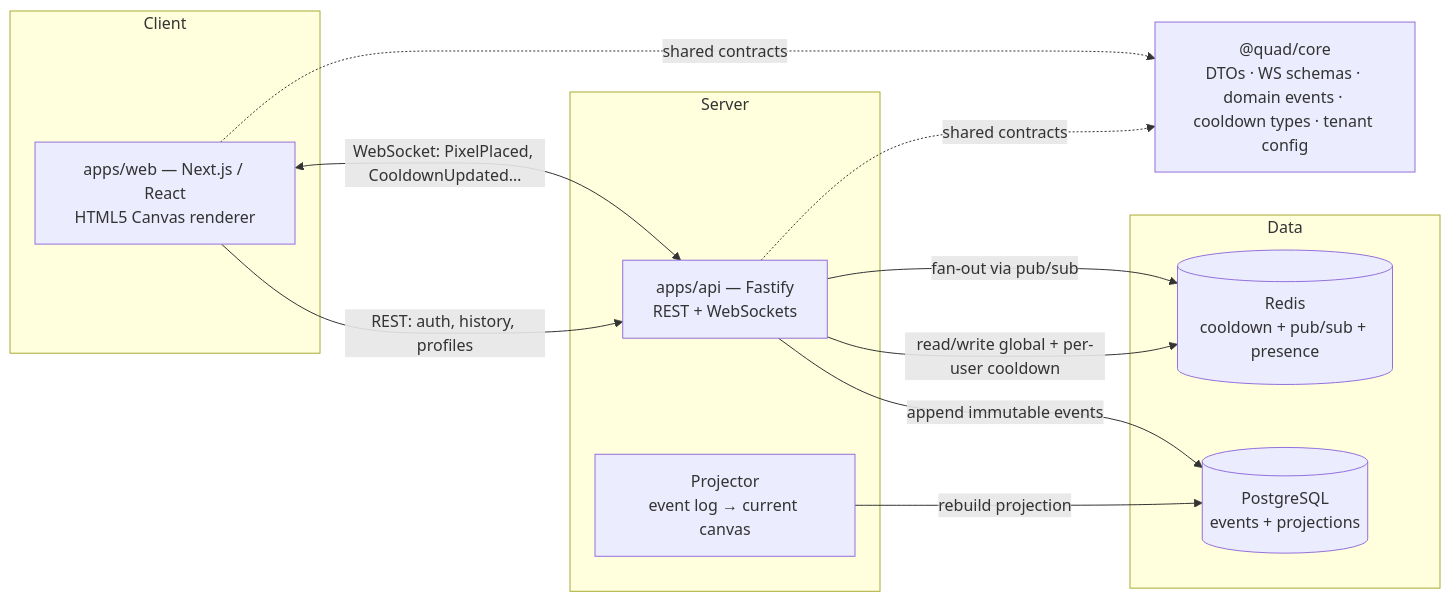
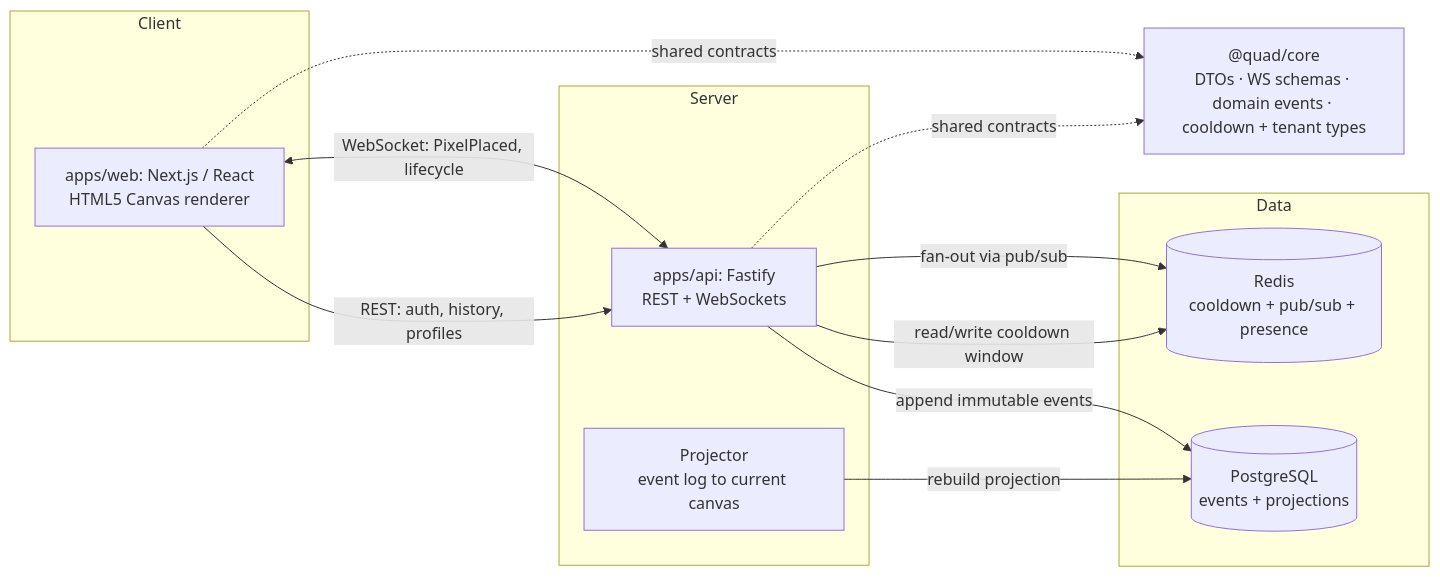
One commit to div0rce/quad-canvas changed the diagram in README.md. Above: the diagram before and after it, drawn with Mermaid. The commit also changed other lines of this file and 98 other files, not shown here.

````diff
--- a/README.md
+++ b/README.md
@@ -55,22 +57,22 @@
 ```mermaid
 flowchart LR
   subgraph Client
-    W["apps/web — Next.js / React<br/>HTML5 Canvas renderer"]
+    W["apps/web: Next.js / React<br/>HTML5 Canvas renderer"]
   end
   subgraph Server
-    A["apps/api — Fastify<br/>REST + WebSockets"]
-    PROJ["Projector<br/>event log → current canvas"]
+    A["apps/api: Fastify<br/>REST + WebSockets"]
+    PROJ["Projector<br/>event log to current canvas"]
   end
   subgraph Data
     PG[("PostgreSQL<br/>events + projections")]
     RDS[("Redis<br/>cooldown + pub/sub + presence")]
   end
   W -- "REST: auth, history, profiles" --> A
-  W <-- "WebSocket: PixelPlaced, CooldownUpdated…" --> A
+  W <-- "WebSocket: PixelPlaced, lifecycle" --> A
   A -- "append immutable events" --> PG
-  A -- "read/write global + per-user cooldown" --> RDS
+  A -- "read/write cooldown window" --> RDS
   A -- "fan-out via pub/sub" --> RDS
   PROJ -- "rebuild projection" --> PG
-  A -. "shared contracts" .-> CORE["@quad/core<br/>DTOs · WS schemas · domain events · cooldown types · tenant config"]
+  A -. "shared contracts" .-> CORE["@quad/core<br/>DTOs · WS schemas · domain events · cooldown + tenant types"]
   W -. "shared contracts" .-> CORE
 ```
````
